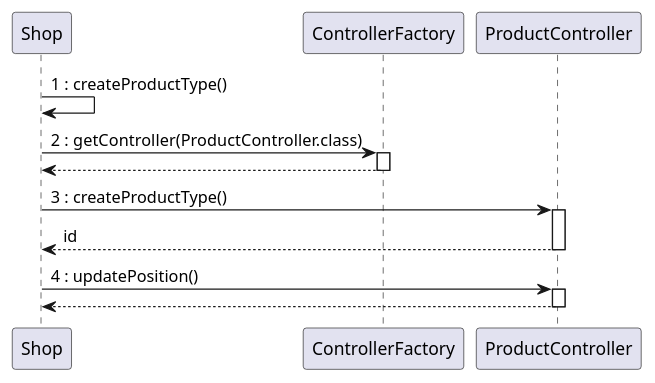
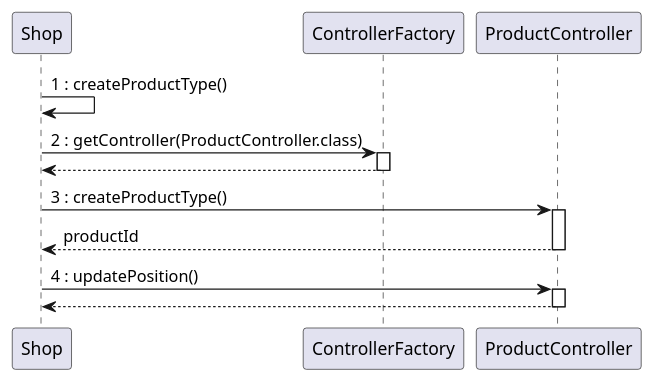
Before and after one commit to MatteoBattilana/EzShop: the fourth of 5 diagrams in Deliverables/DesignDocument.md, drawn with PlantUML.

````diff
--- a/Deliverables/DesignDocument.md
+++ b/Deliverables/DesignDocument.md
@@ -440,16 +440,16 @@
 ```plantuml
 @startuml
 Shop -> Shop:1 : createProductType()
 Shop -> ControllerFactory:2 : getController(ProductController.class)
 activate ControllerFactory
 return
 Shop -> ProductController:3 : createProductType()
 activate ProductController
-return id
+return productId
 
 Shop -> ProductController:4 : updatePosition()
 activate ProductController
 return
 
 @enduml
 ```
````
